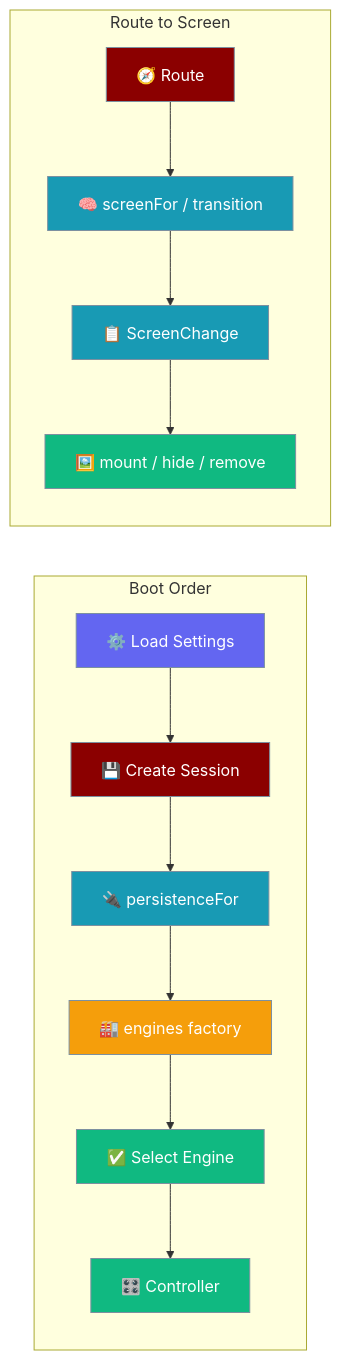
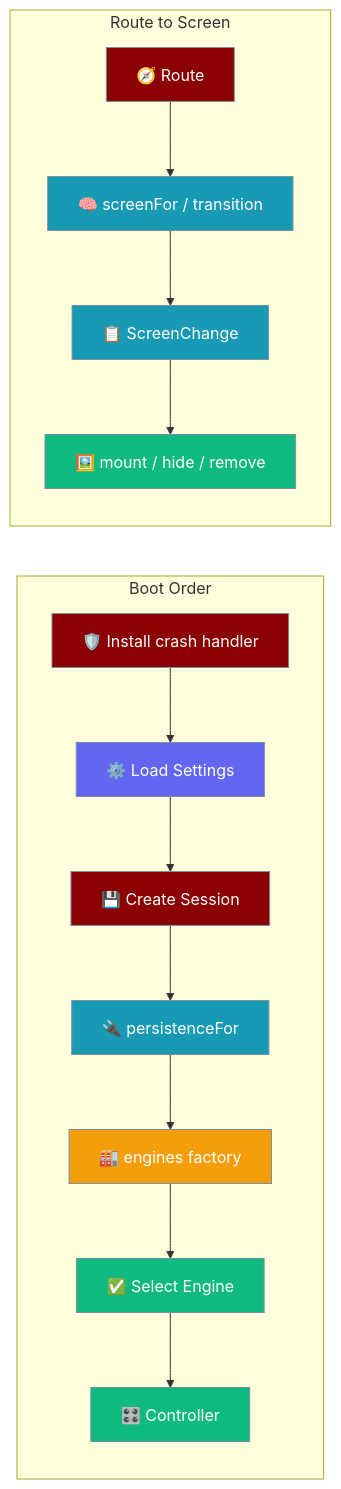
One commit to MervinPraison/PraisonAIDocs changed the first of 6 diagrams in docs/features/mobile/architecture.mdx. Above: the diagram before and after it, drawn with Mermaid. The commit also changed other lines of this file and 9 other files, not shown here.

````diff
--- a/docs/features/mobile/architecture.mdx
+++ b/docs/features/mobile/architecture.mdx
@@ -16,34 +16,36 @@
 ```mermaid
 graph LR
     subgraph "Boot Order"
-        S[⚙️ Load Settings] --> Se[💾 Create Session]
+        Crash[🛡️ Install crash handler] --> S[⚙️ Load Settings]
+        S --> Se[💾 Create Session]
         Se --> P[🔌 persistenceFor]
         P --> E[🏭 engines factory]
         E --> Sel[✅ Select Engine]
         Sel --> C[🎛️ Controller]
     end
 
     subgraph "Route to Screen"
         Route[🧭 Route] --> Decide[🧠 screenFor / transition]
         Decide --> Change[📋 ScreenChange]
         Change --> Mount[🖼️ mount / hide / remove]
     end
 
     classDef settings fill:#6366F1,stroke:#7C90A0,color:#fff
     classDef store fill:#8B0000,stroke:#7C90A0,color:#fff
     classDef bridge fill:#189AB4,stroke:#7C90A0,color:#fff
     classDef factory fill:#F59E0B,stroke:#7C90A0,color:#fff
     classDef done fill:#10B981,stroke:#7C90A0,color:#fff
     classDef input fill:#8B0000,stroke:#7C90A0,color:#fff
     classDef process fill:#189AB4,stroke:#7C90A0,color:#fff
     classDef output fill:#10B981,stroke:#7C90A0,color:#fff
 
+    class Crash store
     class S settings
     class Se store
     class P bridge
     class E factory
     class Sel,C done
     class Route input
     class Decide,Change process
     class Mount output
 ```
````
